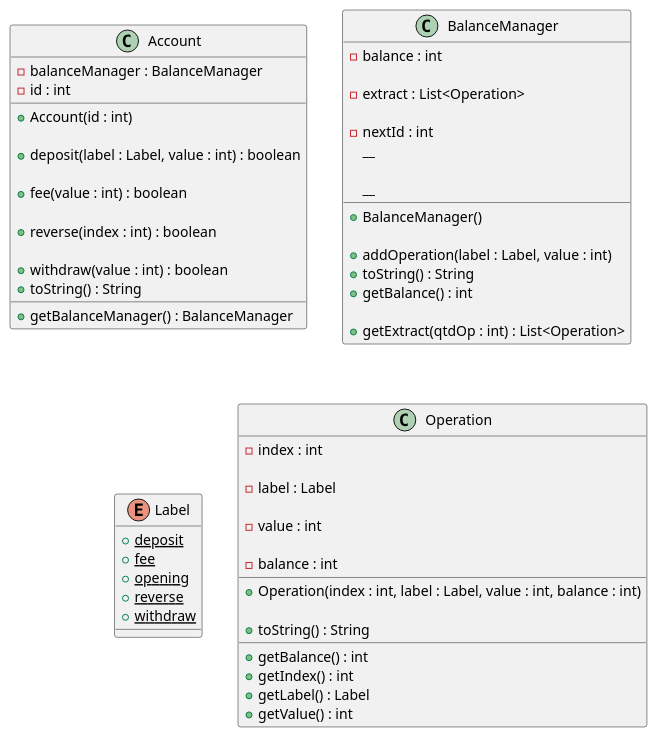
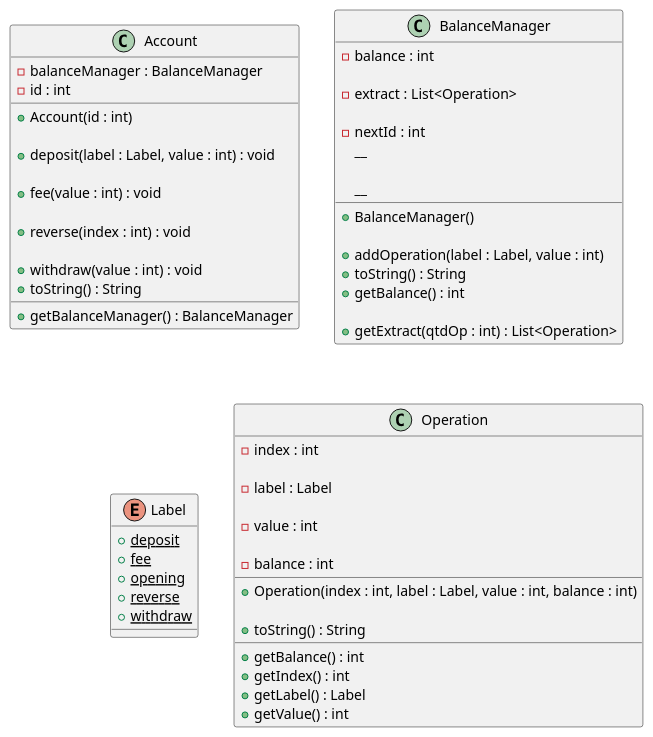
The diagram in base/007/.cache/Readme.md (qxcodepoo/arcade), drawn with PlantUML before and after one commit. The commit also changed other lines of this file and 22 other files, not shown here.

````diff
--- a/base/007/.cache/Readme.md
+++ b/base/007/.cache/Readme.md
@@ -44,83 +42,83 @@
 ```plantuml
 class Account {
   - balanceManager : BalanceManager
   - id : int
   __
   + Account(id : int)
 
   ' adiciona valor à conta
-  + deposit(label : Label, value : int) : boolean
+  + deposit(label : Label, value : int) : void
 
   ' retira o dinheiro, mesmo que o balance fique negativo
-  + fee(value : int) : boolean
+  + fee(value : int) : void
 
   ' se o índice for válido e representar uma operação de tarifa
   ' adicione o mesmo valor tarifado, mas com label de reverse(extorno)
-  + reverse(index : int) : boolean
+  + reverse(index : int) : void
 
   ' só realiza a operação se houver dinheiro suficiente na conta
-  + withdraw(value : int) : boolean
+  + withdraw(value : int) : void
   + toString() : String
   __
   ' em c++, retorne a referencia
   + getBalanceManager() : BalanceManager
 }
 
 ' nessa classe são efetivadas e registradas as alterações no saldo
 class BalanceManager {
 
   ' saldo do cliente
   - balance : int 
 
   ' extrato
   - extract : List<Operation>
   
   ' id da próxima operação
   - nextId : int
   __
   + BalanceManager()
 
   ' adiciona value ao balance
   ' crie operação e adicione ao vetor de operações
   ' incrementa o nextId
   + addOperation(label : Label, value : int)
   + toString() : String
   __
   + getBalance() : int
 
   ' se qtdOp for 0, valor default, retornar todo o extrato
   + getExtract(qtdOp : int) : List<Operation>
 }
 '
 ' essa enumeração guarda possíveis labels para as operações
 enum Label {
   + deposit {static}
   + fee {static}
   + opening {static}
   + reverse {static}
   + withdraw {static}
 }
 '
 ' operação guarda os dados de uma única operação
 class Operation {
   - index : int
 
   - label : Label
 
   ' valor em negativo se estiver diminuindo o saldo
   - value : int
 
   ' saldo residual apos operação
   - balance : int
   __
   + Operation(index : int, label : Label, value : int, balance : int)
 
   + toString() : String
   __
   + getBalance() : int
   + getIndex() : int
   + getLabel() : Label
   + getValue() : int
 }
 
 ```
````
